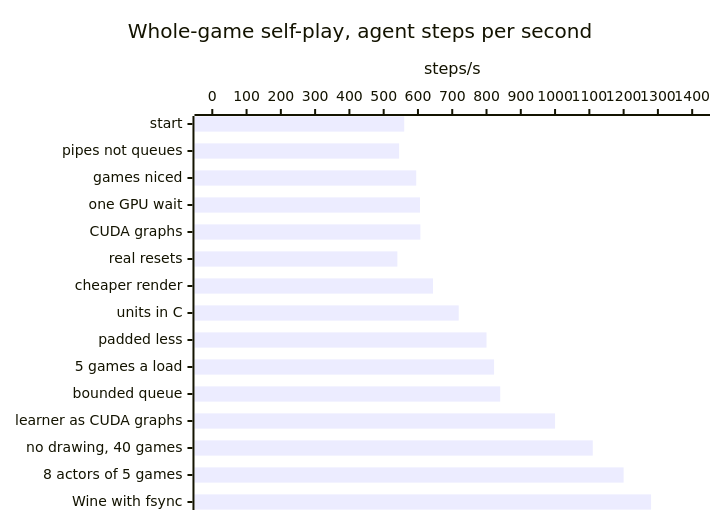
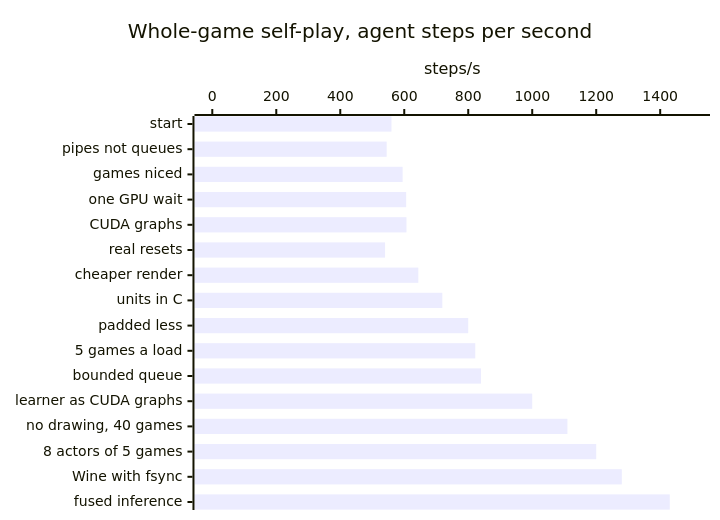
Before and after one commit to RobinKa/warcraftsim: the first of 2 diagrams in docs/optimizations.md, drawn with Mermaid. The commit also changed other lines of this file and 1 other file, not shown here.

Commit message:
docs: fused inference calls (1,431 steps/s), the round period and bf16 measured

````diff
--- a/docs/optimizations.md
+++ b/docs/optimizations.md
@@ -7,7 +7,7 @@
 ```mermaid
 xychart-beta horizontal
   title "Whole-game self-play, agent steps per second"
-  x-axis ["start", "pipes not queues", "games niced", "one GPU wait", "CUDA graphs", "real resets", "cheaper render", "units in C", "padded less", "5 games a load", "bounded queue", "learner as CUDA graphs", "no drawing, 40 games", "8 actors of 5 games", "Wine with fsync"]
-  y-axis "steps/s" 0 --> 1400
-  bar [560, 545, 595, 606, 607, 540, 644, 719, 800, 822, 840, 1000, 1110, 1200, 1280]
+  x-axis ["start", "pipes not queues", "games niced", "one GPU wait", "CUDA graphs", "real resets", "cheaper render", "units in C", "padded less", "5 games a load", "bounded queue", "learner as CUDA graphs", "no drawing, 40 games", "8 actors of 5 games", "Wine with fsync", "fused inference"]
+  y-axis "steps/s" 0 --> 1500
+  bar [560, 545, 595, 606, 607, 540, 644, 719, 800, 822, 840, 1000, 1110, 1200, 1280, 1430]
 ```
````
